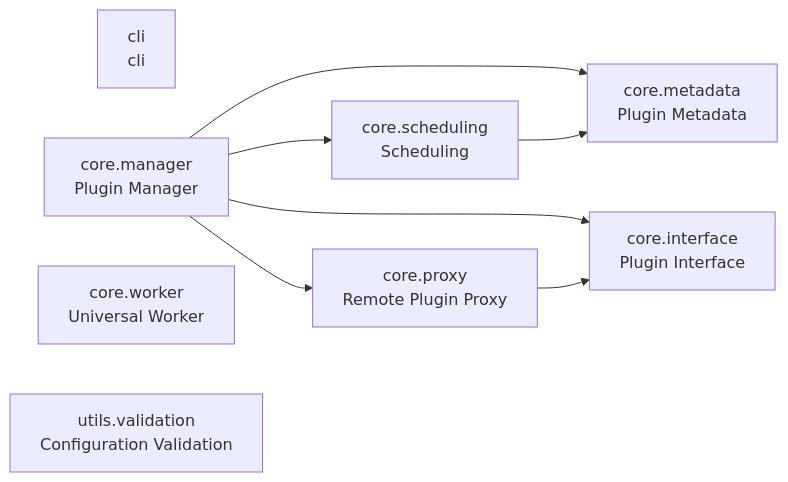
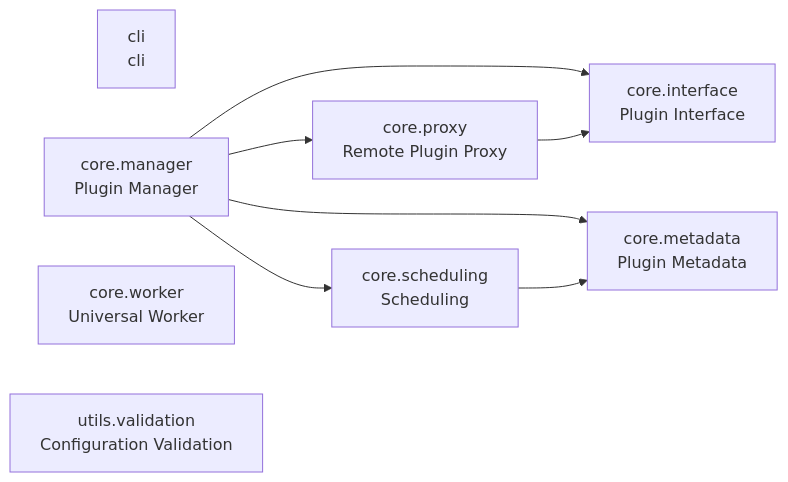
The diagram in README.md (cj-mills/cjm-plugin-system), drawn with Mermaid before and after one commit. The commit also changed other lines of this file and 8 other files, not shown here.

````diff
--- a/README.md
+++ b/README.md
@@ -30,18 +30,18 @@
 ``` mermaid
 graph LR
     cli[cli<br/>cli]
     core_interface[core.interface<br/>Plugin Interface]
     core_manager[core.manager<br/>Plugin Manager]
     core_metadata[core.metadata<br/>Plugin Metadata]
     core_proxy[core.proxy<br/>Remote Plugin Proxy]
     core_scheduling[core.scheduling<br/>Scheduling]
     core_worker[core.worker<br/>Universal Worker]
     utils_validation[utils.validation<br/>Configuration Validation]
 
+    core_manager --> core_proxy
+    core_manager --> core_metadata
+    core_manager --> core_interface
     core_manager --> core_scheduling
-    core_manager --> core_metadata
-    core_manager --> core_proxy
-    core_manager --> core_interface
     core_proxy --> core_interface
     core_scheduling --> core_metadata
 ```
````
